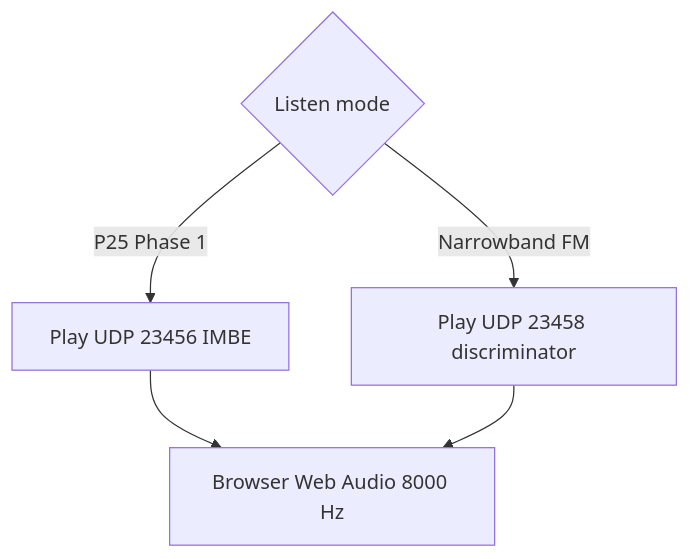
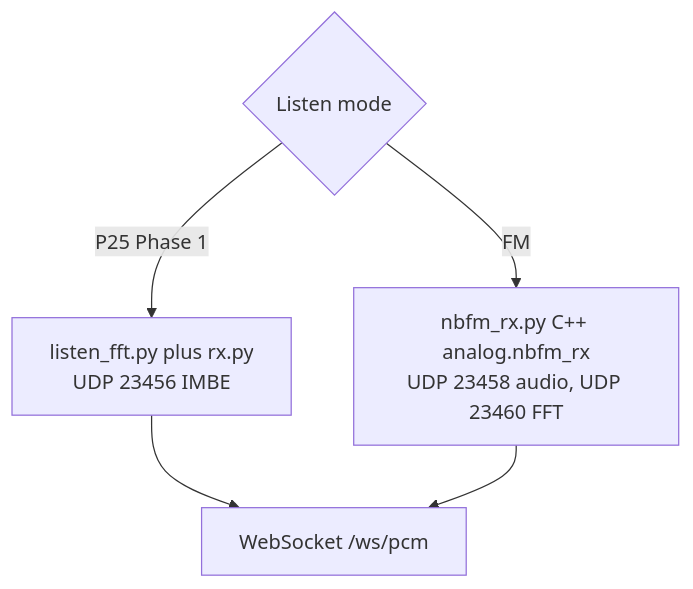
One commit to tmdrake/jim-p25 changed the third of 7 diagrams in GNU-RADIO.md. Above: the diagram before and after it, drawn with Mermaid. The commit also changed other lines of this file and 9 other files, not shown here.

````diff
--- a/GNU-RADIO.md
+++ b/GNU-RADIO.md
@@ -63,8 +67,8 @@
 ```mermaid
 flowchart TD
     mode{Listen mode}
-    mode -->|P25 Phase 1| p25[Play UDP 23456 IMBE]
-    mode -->|Narrowband FM| nbfm[Play UDP 23458 discriminator]
-    p25 --> browser[Browser Web Audio 8000 Hz]
+    mode -->|P25 Phase 1| p25[listen_fft.py plus rx.py<br/>UDP 23456 IMBE]
+    mode -->|FM| nbfm[nbfm_rx.py C++ analog.nbfm_rx<br/>UDP 23458 audio, UDP 23460 FFT]
+    p25 --> browser[WebSocket /ws/pcm]
     nbfm --> browser
 ```
````
